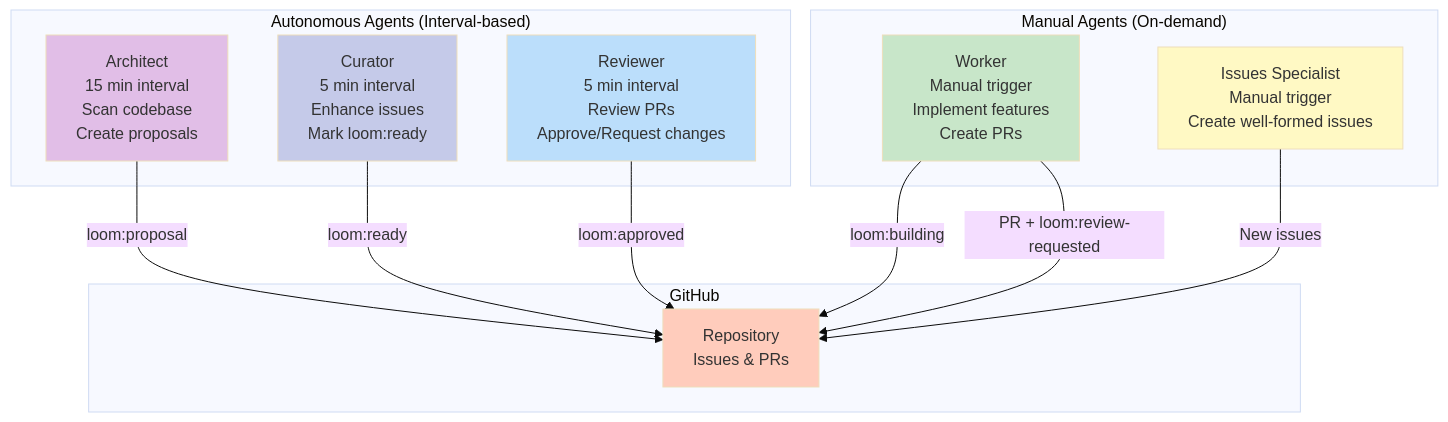
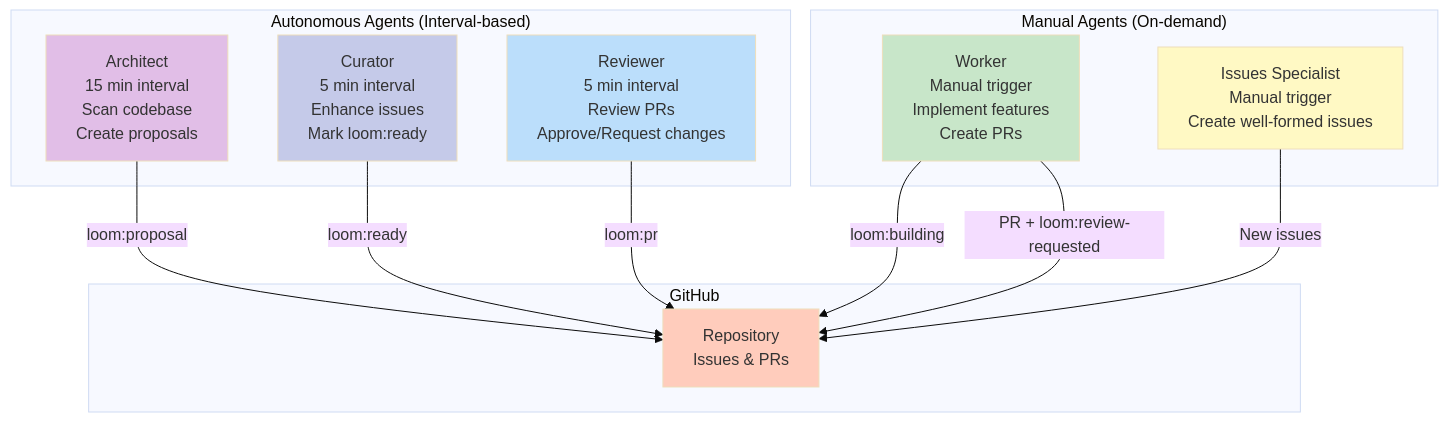
The eighth of 10 diagrams in docs/architecture/system-overview.md (rjwalters/loom), drawn with Mermaid (base theme) before and after one commit. The commit also changed other lines of this file and 17 other files, not shown here.

First line of the commit message:
Fix Healer role to use loom:pr instead of loom:approved (#595)

````diff
--- a/docs/architecture/system-overview.md
+++ b/docs/architecture/system-overview.md
@@ -322,31 +322,31 @@
 ```mermaid
 graph TB
     subgraph "Autonomous Agents (Interval-based)"
         Architect[Architect<br/>15 min interval<br/>Scan codebase<br/>Create proposals]
         Curator[Curator<br/>5 min interval<br/>Enhance issues<br/>Mark loom:ready]
         Reviewer[Reviewer<br/>5 min interval<br/>Review PRs<br/>Approve/Request changes]
     end
 
     subgraph "Manual Agents (On-demand)"
         Worker[Worker<br/>Manual trigger<br/>Implement features<br/>Create PRs]
         Issues[Issues Specialist<br/>Manual trigger<br/>Create well-formed issues]
     end
 
     subgraph "GitHub"
         Repo[Repository<br/>Issues & PRs]
     end
 
     Architect -->|loom:proposal| Repo
     Curator -->|loom:ready| Repo
     Worker -->|loom:building| Repo
     Worker -->|PR + loom:review-requested| Repo
-    Reviewer -->|loom:approved| Repo
+    Reviewer -->|loom:pr| Repo
     Issues -->|New issues| Repo
 
     style Architect fill:#e1bee7
     style Curator fill:#c5cae9
     style Reviewer fill:#bbdefb
     style Worker fill:#c8e6c9
     style Issues fill:#fff9c4
     style Repo fill:#ffccbc
 ```
````
